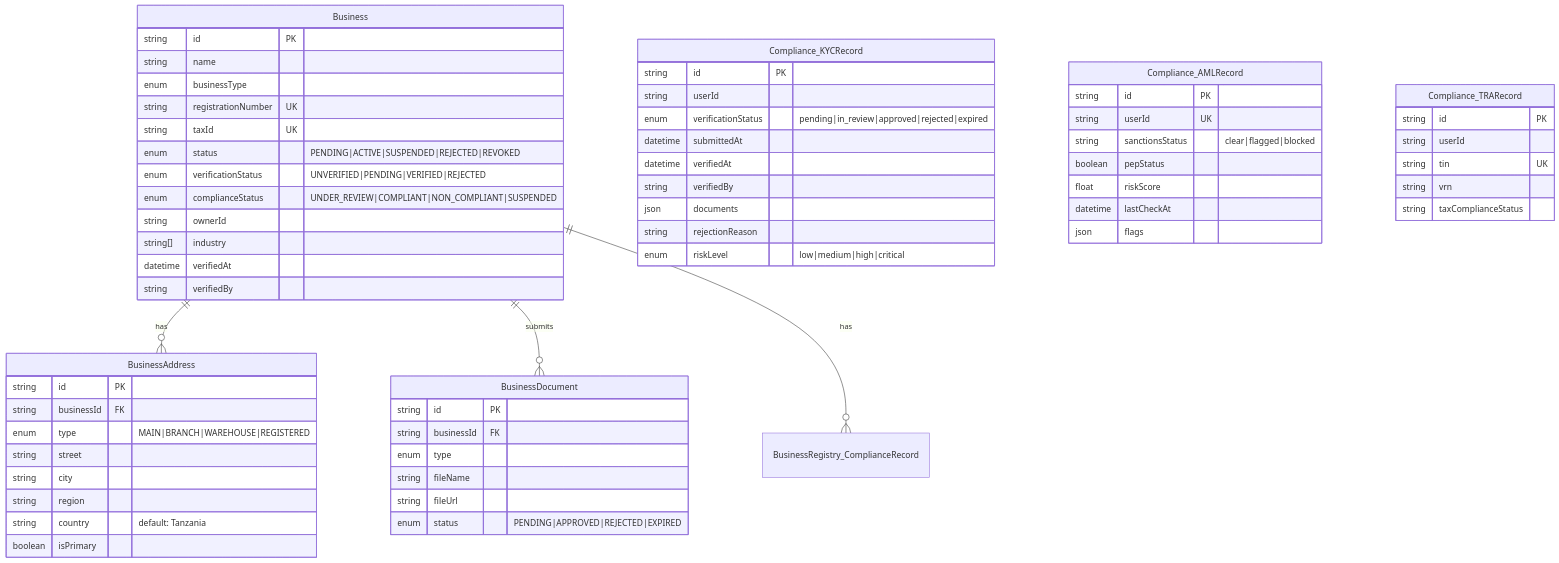
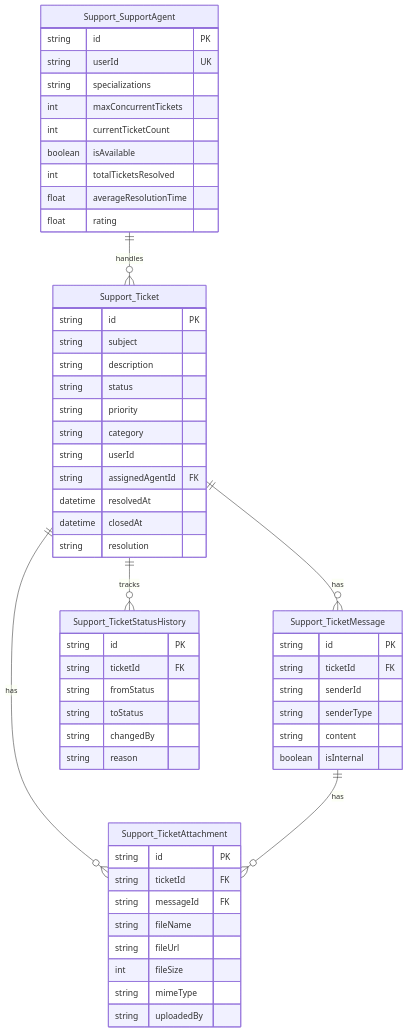
Before and after one commit to maysar-014/maysar-express-backend: diagram 17 of 22 in docs/architecture/database-relationship-diagrams.md, drawn with Mermaid. The commit also changed other lines of this file and 13 other files, not shown here.

First line of the commit message:
docs: complete database relationship diagrams from full schema

````diff
--- a/docs/architecture/database-relationship-diagrams.md
+++ b/docs/architecture/database-relationship-diagrams.md
@@ -481,71 +1502,63 @@
 ```mermaid
 erDiagram
-    Business {
+    Support_SupportAgent {
         string id PK
-        string name
-        enum businessType
-        string registrationNumber UK
-        string taxId UK
-        enum status "PENDING|ACTIVE|SUSPENDED|REJECTED|REVOKED"
-        enum verificationStatus "UNVERIFIED|PENDING|VERIFIED|REJECTED"
-        enum complianceStatus "UNDER_REVIEW|COMPLIANT|NON_COMPLIANT|SUSPENDED"
-        string ownerId
-        string[] industry
-        datetime verifiedAt
-        string verifiedBy
+        string userId UK
+        string specializations
+        int maxConcurrentTickets
+        int currentTicketCount
+        boolean isAvailable
+        int totalTicketsResolved
+        float averageResolutionTime
+        float rating
     }
 
-    BusinessAddress {
+    Support_Ticket {
         string id PK
-        string businessId FK
-        enum type "MAIN|BRANCH|WAREHOUSE|REGISTERED"
-        string street
-        string city
-        string region
-        string country "default: Tanzania"
-        boolean isPrimary
+        string subject
+        string description
+        string status
+        string priority
+        string category
+        string userId
+        string assignedAgentId FK
+        datetime resolvedAt
+        datetime closedAt
+        string resolution
     }
 
-    BusinessDocument {
+    Support_TicketMessage {
         string id PK
-        string businessId FK
-        enum type
+        string ticketId FK
+        string senderId
+        string senderType
+        string content
+        boolean isInternal
+    }
+
+    Support_TicketAttachment {
+        string id PK
+        string ticketId FK
+        string messageId FK
         string fileName
         string fileUrl
-        enum status "PENDING|APPROVED|REJECTED|EXPIRED"
+        int fileSize
+        string mimeType
+        string uploadedBy
     }
 
-    Compliance_KYCRecord {
+    Support_TicketStatusHistory {
         string id PK
-        string userId
-        enum verificationStatus "pending|in_review|approved|rejected|expired"
-        datetime submittedAt
-        datetime verifiedAt
-        string verifiedBy
-        json documents
-        string rejectionReason
-        enum riskLevel "low|medium|high|critical"
+        string ticketId FK
+        string fromStatus
+        string toStatus
+        string changedBy
+        string reason
     }
 
-    Compliance_AMLRecord {
-        string id PK
-        string userId UK
-        string sanctionsStatus "clear|flagged|blocked"
-        boolean pepStatus
-        float riskScore
-        datetime lastCheckAt
-        json flags
-    }
-
-    Compliance_TRARecord {
-        string id PK
-        string userId
-        string tin UK
-        string vrn
-        string taxComplianceStatus
-    }
-
-    Business ||--o{ BusinessAddress : "has"
-    Business ||--o{ BusinessDocument : "submits"
-    Business ||--o{ BusinessRegistry_ComplianceRecord : "has"
+    Support_SupportAgent ||--o{ Support_Ticket : "handles"
+    Support_Ticket ||--o{ Support_TicketMessage : "has"
+    Support_Ticket ||--o{ Support_TicketAttachment : "has"
+    Support_Ticket ||--o{ Support_TicketStatusHistory : "tracks"
+    Support_TicketMessage ||--o{ Support_TicketAttachment : "has"
 ```
````
